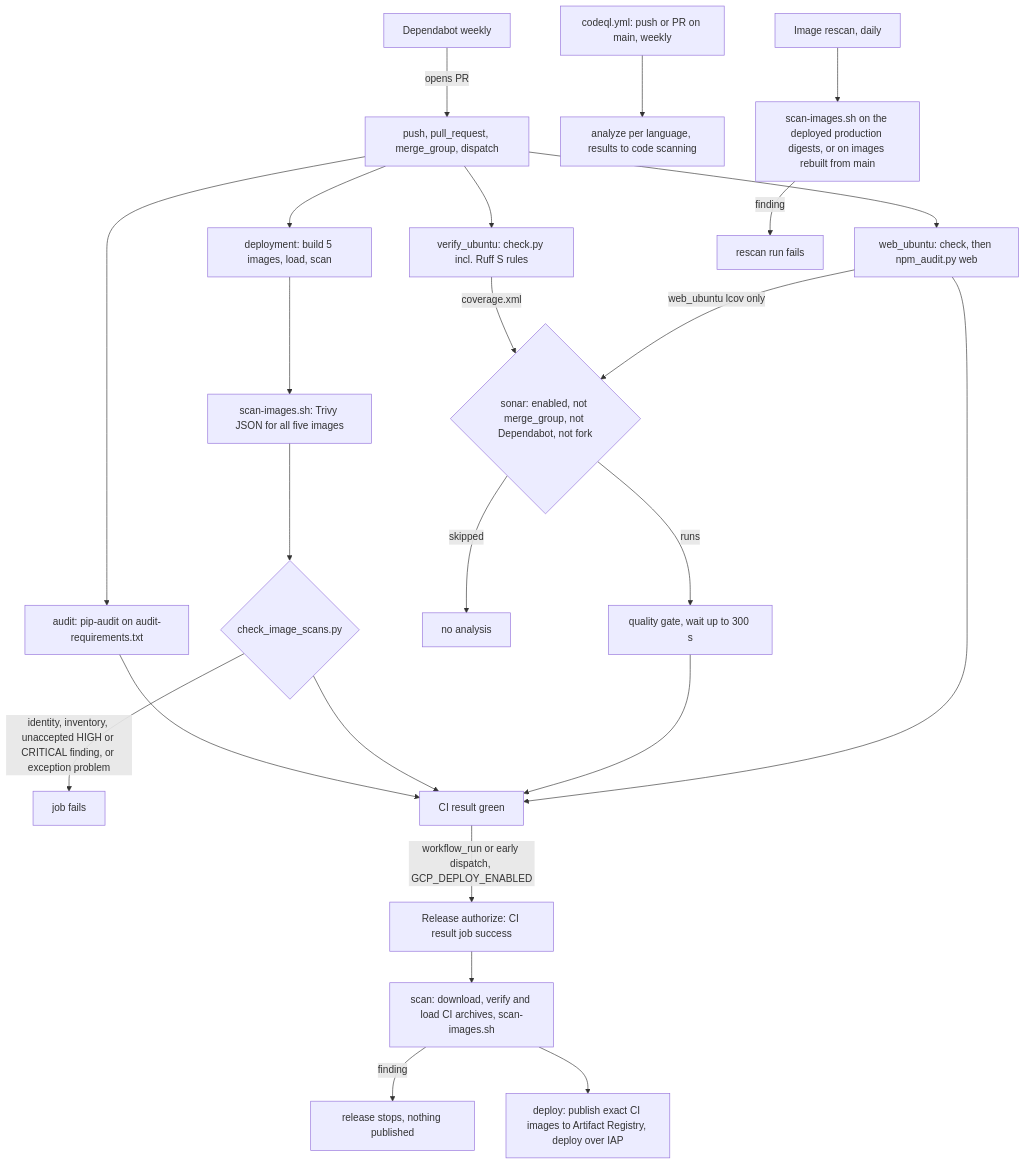
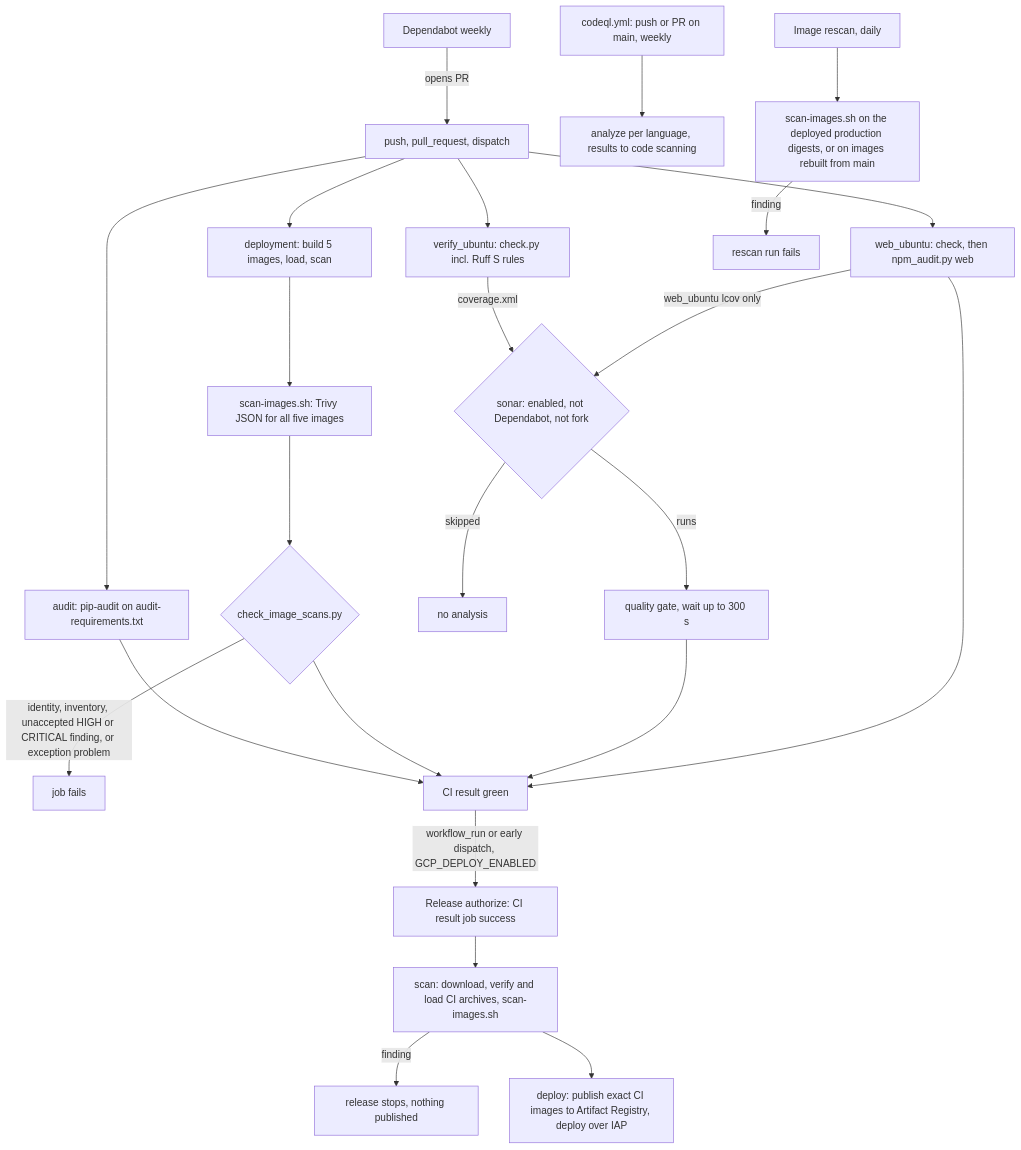
Before and after one commit to erkurtharun/pyracast: the diagram in docs/flows/dependency-and-code-scanning.md, drawn with Mermaid. The commit also changed other lines of this file and 4 other files, not shown here.

First line of the commit message:
Run CI on pushes to main, pull requests and dispatches only

````diff
--- a/docs/flows/dependency-and-code-scanning.md
+++ b/docs/flows/dependency-and-code-scanning.md
@@ -21,26 +21,26 @@
 ```mermaid
 flowchart TD
-  trig["push, pull_request, merge_group, dispatch"] --> aud["audit: pip-audit on audit-requirements.txt"]
+  trig["push, pull_request, dispatch"] --> aud["audit: pip-audit on audit-requirements.txt"]
   trig --> web["web_ubuntu: check, then npm_audit.py web"]
   trig --> ver["verify_ubuntu: check.py incl. Ruff S rules"]
   trig --> dep["deployment: build 5 images, load, scan"]
   dbot["Dependabot weekly"] -->|"opens PR"| trig
   cq["codeql.yml: push or PR on main, weekly"] --> cqa["analyze per language, results to code scanning"]
   dep --> ss["scan-images.sh: Trivy JSON for all five images"]
   ss --> chk{"check_image_scans.py"}
   chk -->|"identity, inventory, unaccepted HIGH or CRITICAL finding, or exception problem"| red["job fails"]
   ver -->|"coverage.xml"| son
-  web -->|"web_ubuntu lcov only"| son{"sonar: enabled, not merge_group, not Dependabot, not fork"}
+  web -->|"web_ubuntu lcov only"| son{"sonar: enabled, not Dependabot, not fork"}
   son -->|"skipped"| skip["no analysis"]
   son -->|"runs"| qg["quality gate, wait up to 300 s"]
   aud --> ok["CI result green"]
   chk --> ok
   qg --> ok
   web --> ok
   ok -->|"workflow_run or early dispatch, GCP_DEPLOY_ENABLED"| auth["Release authorize: CI result job success"]
   auth --> rs["scan: download, verify and load CI archives, scan-images.sh"]
   rs -->|"finding"| stop["release stops, nothing published"]
   rs --> pub["deploy: publish exact CI images to Artifact Registry, deploy over IAP"]
   daily["Image rescan, daily"] --> ss2["scan-images.sh on the deployed production digests, or on images rebuilt from main"]
   ss2 -->|"finding"| red2["rescan run fails"]
 ```
````
